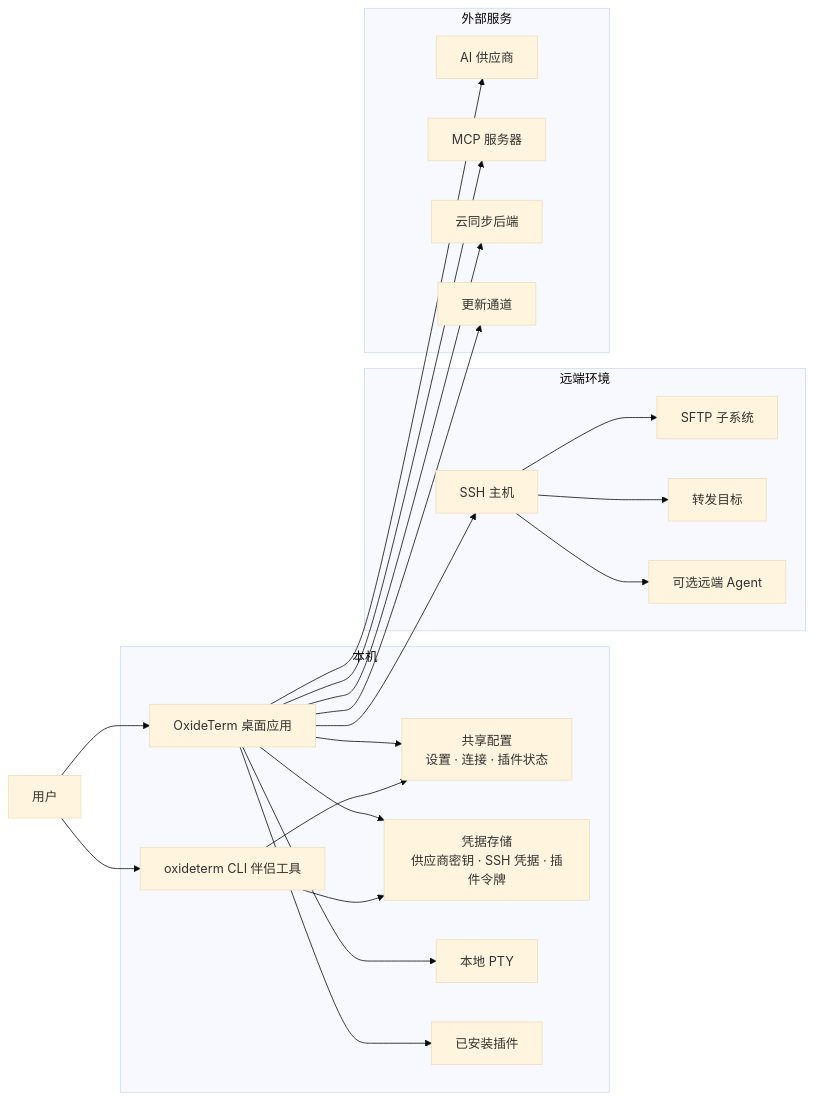
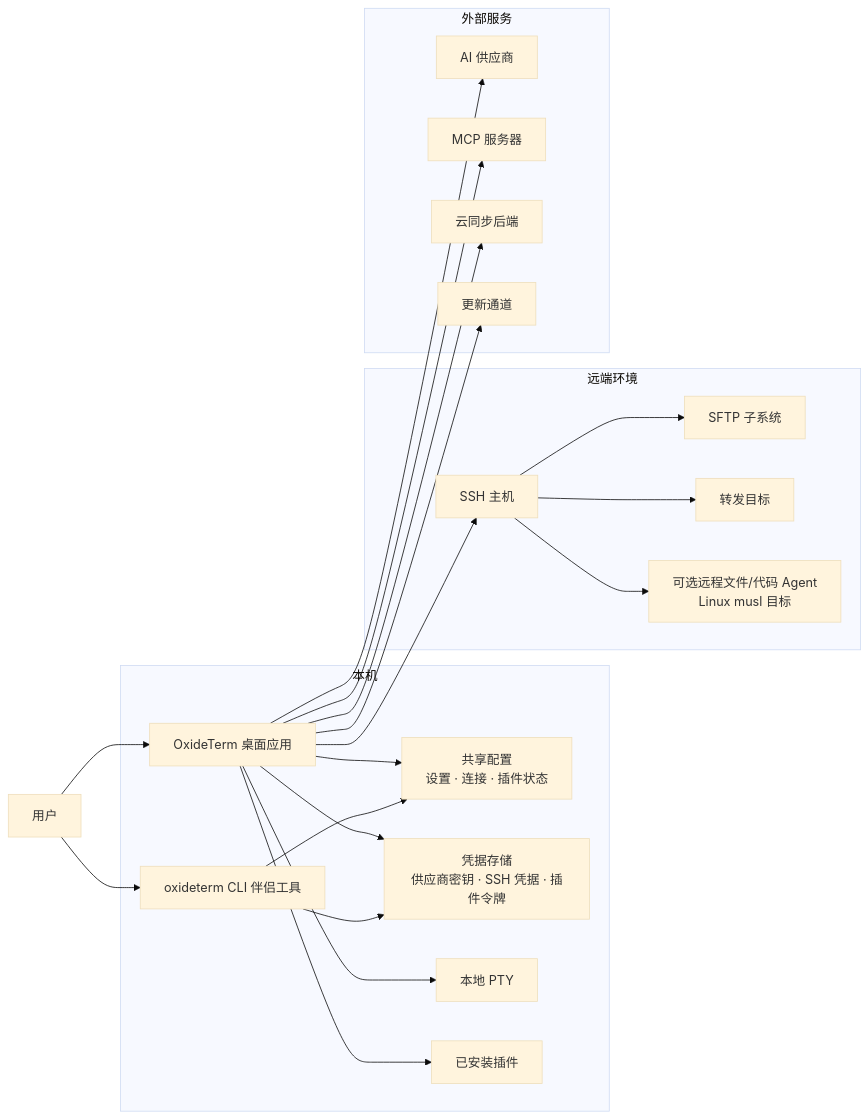
The second of 15 diagrams in docs/user-guide/zh-Hans/architecture.md (AnalyseDeCircuit/oxideterm), drawn with Mermaid (base theme) before and after one commit. The commit also changed other lines of this file and 29 other files, not shown here.

First line of the commit message:
docs: sync feature and architecture docs across locales

````diff
--- a/docs/user-guide/zh-Hans/architecture.md
+++ b/docs/user-guide/zh-Hans/architecture.md
@@ -157,43 +157,43 @@
 ```mermaid
 flowchart LR
     User["用户"] --> App["OxideTerm 桌面应用"]
     User --> Cli["oxideterm CLI 伴侣工具"]
 
     subgraph Local["本机"]
         App
         Cli
         Config["共享配置<br/>设置 · 连接 · 插件状态"]
         Secrets["凭据存储<br/>供应商密钥 · SSH 凭据 · 插件令牌"]
         Pty["本地 PTY"]
         Plugins["已安装插件"]
     end
 
     subgraph Remote["远端环境"]
         SshHost["SSH 主机"]
         SftpHost["SFTP 子系统"]
         RemotePorts["转发目标"]
-        Agent["可选远端 Agent"]
+        Agent["可选远程文件/代码 Agent<br/>Linux musl 目标"]
     end
 
     subgraph External["外部服务"]
         AiProviders["AI 供应商"]
         McpServers["MCP 服务器"]
         SyncBackend["云同步后端"]
         UpdateServer["更新通道"]
     end
 
     App --> Config
     Cli --> Config
     App --> Secrets
     Cli --> Secrets
     App --> Pty
     App --> Plugins
     App --> SshHost
     SshHost --> SftpHost
     SshHost --> RemotePorts
     SshHost --> Agent
     App --> AiProviders
     App --> McpServers
     App --> SyncBackend
     App --> UpdateServer
 ```
````
